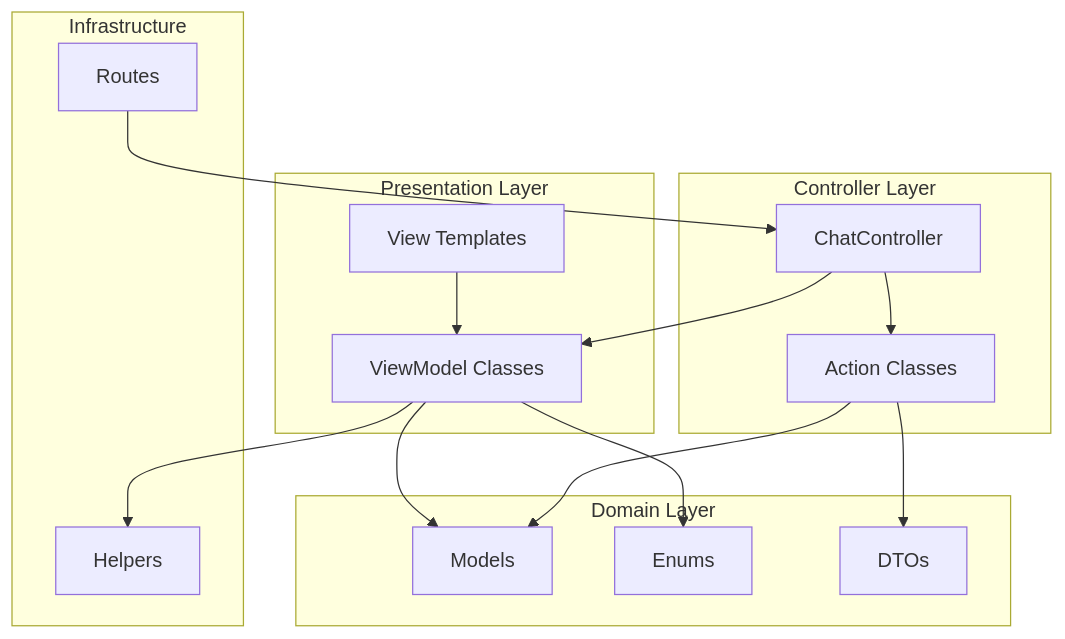
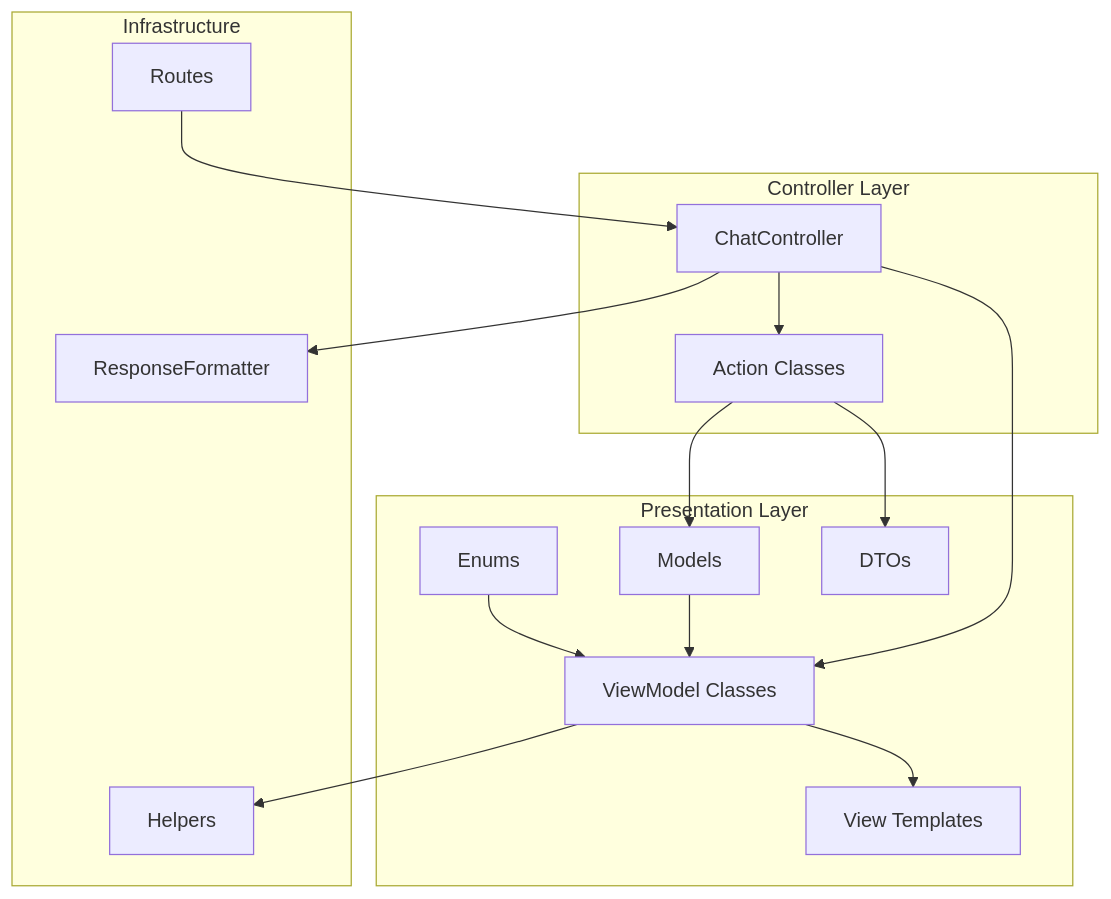
One commit to siimliimand/laravel-assistant changed the first of 4 diagrams in .qoder/repowiki/en/content/ViewModels Specification.md. Above: the diagram before and after it, drawn with Mermaid. The commit also changed other lines of this file and 8 other files, not shown here.

First line of the commit message:
docs(actions): add PrepareChatViewAction and update architecture docs

````diff
--- a/.qoder/repowiki/en/content/ViewModels Specification.md
+++ b/.qoder/repowiki/en/content/ViewModels Specification.md
@@ -39,29 +51,29 @@
 ```mermaid
 graph TB
 subgraph "Presentation Layer"
 V[View Templates]
 VM[ViewModel Classes]
+END[Enums]
+MDL[Models]
+DTOS[DTOs]
 end
 subgraph "Controller Layer"
 C[ChatController]
 A[Action Classes]
-end
-subgraph "Domain Layer"
-M[Models]
-E[Enums]
-D[DTOs]
+END --> VM
+MDL --> VM
+VM --> V
+C --> VM
+C --> A
+A --> MDL
+A --> DTOS
 end
 subgraph "Infrastructure"
 R[Routes]
 H[Helpers]
+FMT[ResponseFormatter]
 end
-V --> VM
-VM --> M
-VM --> E
-C --> VM
-C --> A
-A --> M
-A --> D
 R --> C
 VM --> H
+C --> FMT
 ```
````
